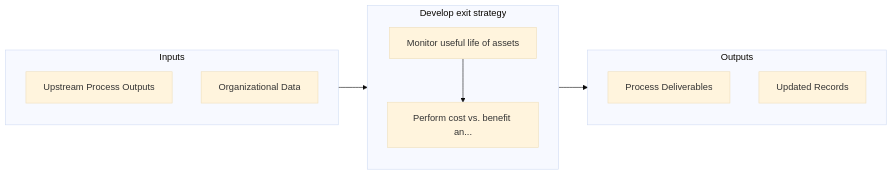
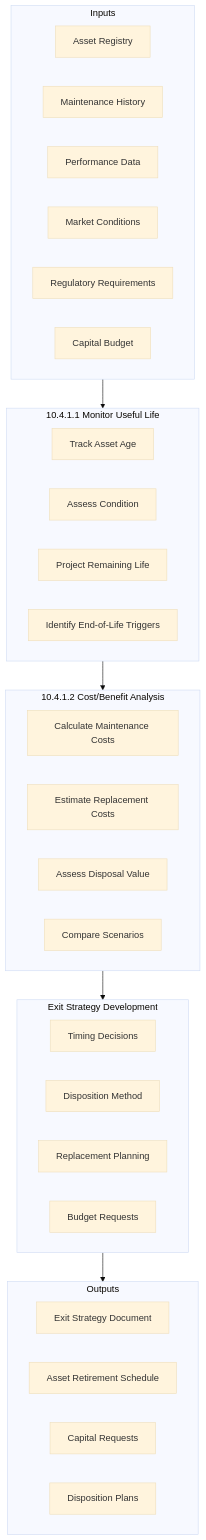
The second of 3 diagrams in processes/10-Assets/10.4.1-DevelopExitStrategy/index.mdx (kziemski/business.org.ai), drawn with Mermaid (base theme) before and after one commit. The commit also changed other lines of this file and 885 other files, not shown here.

````diff
--- a/processes/10-Assets/10.4.1-DevelopExitStrategy/index.mdx
+++ b/processes/10-Assets/10.4.1-DevelopExitStrategy/index.mdx
@@ -57,20 +49,44 @@
 ```mermaid
-flowchart LR
+flowchart TB
     subgraph Inputs["Inputs"]
-        I1["Upstream Process Outputs"]
-        I2["Organizational Data"]
+        I1["Asset Registry"]
+        I2["Maintenance History"]
+        I3["Performance Data"]
+        I4["Market Conditions"]
+        I5["Regulatory Requirements"]
+        I6["Capital Budget"]
     end
 
-    subgraph Process["Develop exit strategy"]
-        S1["Monitor useful life of assets"]
-        S2["Perform cost vs. benefit an..."]
+    subgraph Monitor["10.4.1.1 Monitor Useful Life"]
+        M1["Track Asset Age"]
+        M2["Assess Condition"]
+        M3["Project Remaining Life"]
+        M4["Identify End-of-Life Triggers"]
+    end
+
+    subgraph Analyze["10.4.1.2 Cost/Benefit Analysis"]
+        A1["Calculate Maintenance Costs"]
+        A2["Estimate Replacement Costs"]
+        A3["Assess Disposal Value"]
+        A4["Compare Scenarios"]
+    end
+
+    subgraph Strategy["Exit Strategy Development"]
+        S1["Timing Decisions"]
+        S2["Disposition Method"]
+        S3["Replacement Planning"]
+        S4["Budget Requests"]
     end
 
     subgraph Outputs["Outputs"]
-        O1["Process Deliverables"]
-        O2["Updated Records"]
+        OUT1["Exit Strategy Document"]
+        OUT2["Asset Retirement Schedule"]
+        OUT3["Capital Requests"]
+        OUT4["Disposition Plans"]
     end
 
-    Inputs --> Process --> Outputs
-    S1 --> S2
+    Inputs --> Monitor
+    Monitor --> Analyze
+    Analyze --> Strategy
+    Strategy --> Outputs
 ```
````
